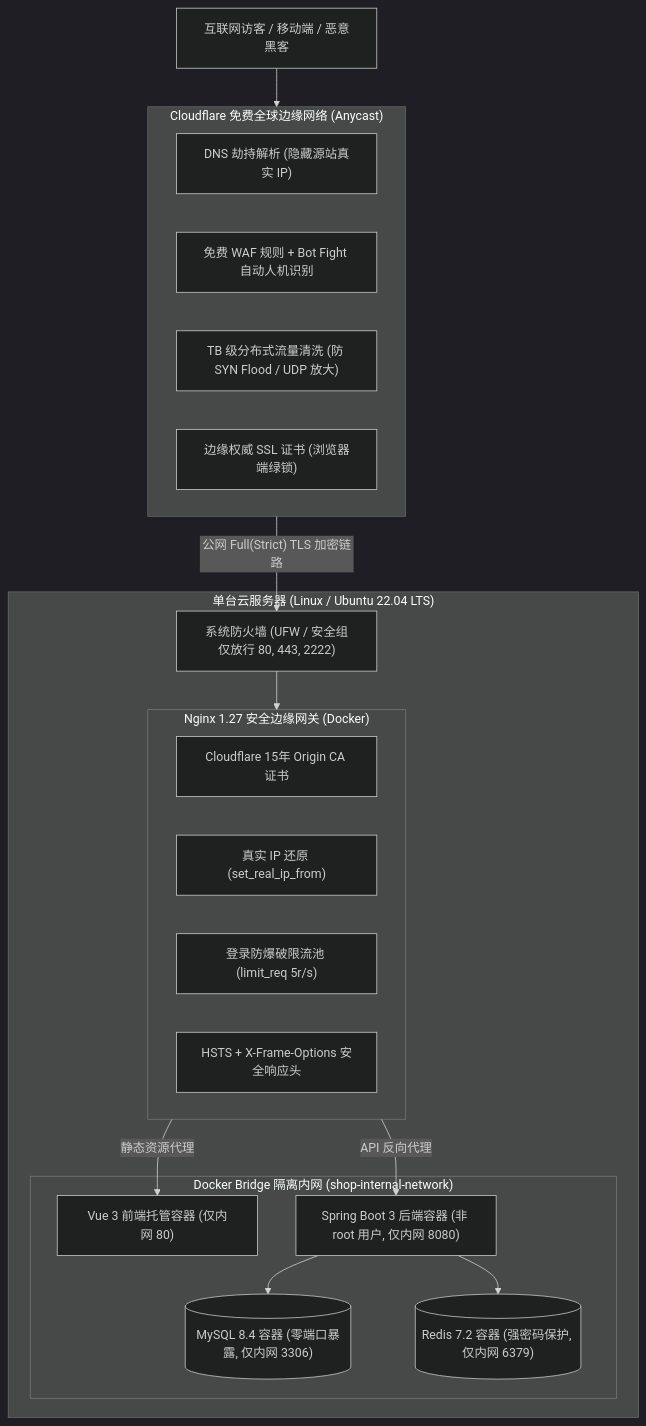
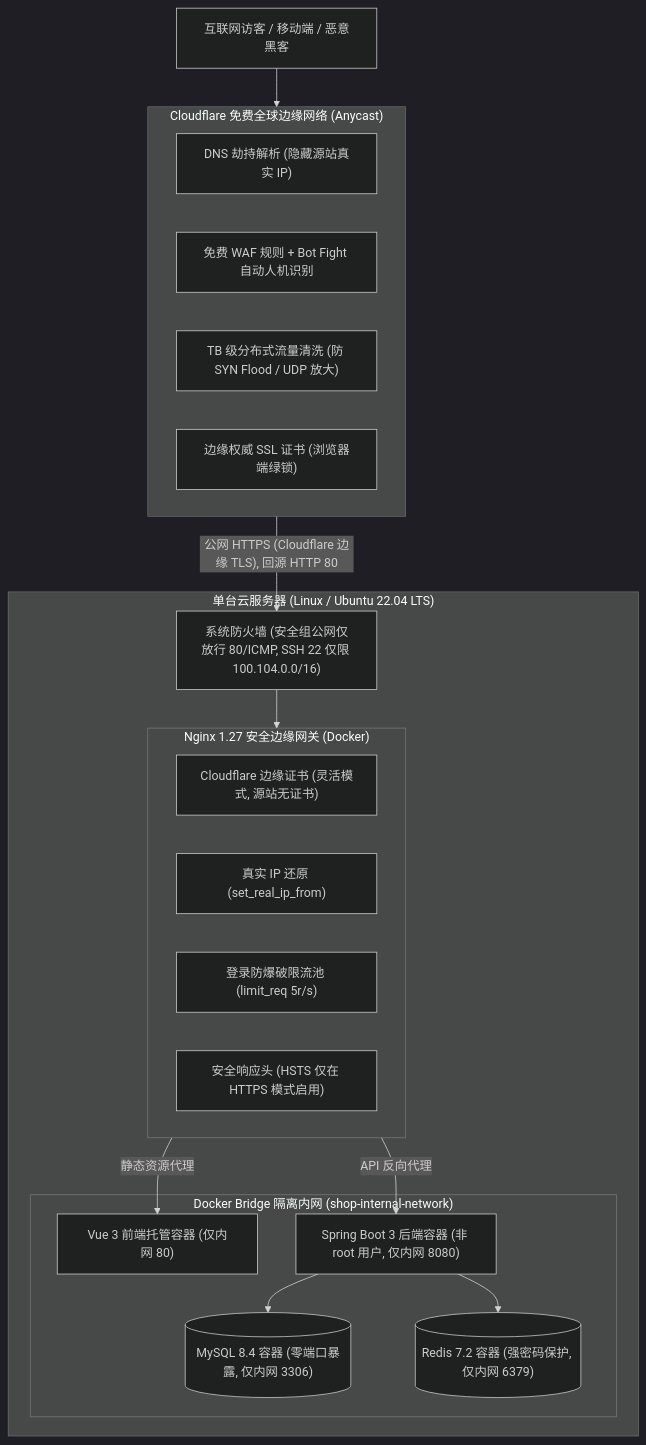
The diagram in docs/principles/09-scheme1-production-deployment-guide.md (2095262816ght-cpu/JavaWebCourseDesign), drawn with Mermaid (dark theme) before and after one commit. The commit also changed other lines of this file and 209 other files, not shown here.

````diff
--- a/docs/principles/09-scheme1-production-deployment-guide.md
+++ b/docs/principles/09-scheme1-production-deployment-guide.md
@@ -85,37 +89,37 @@
 ```mermaid
 flowchart TD
     Internet["互联网访客 / 移动端 / 恶意黑客"]
     
     subgraph Edge ["Cloudflare 免费全球边缘网络 (Anycast)"]
         CF_DNS["DNS 劫持解析 (隐藏源站真实 IP)"]
         CF_WAF["免费 WAF 规则 + Bot Fight 自动人机识别"]
         CF_DDoS["TB 级分布式流量清洗 (防 SYN Flood / UDP 放大)"]
         CF_SSL["边缘权威 SSL 证书 (浏览器端绿锁)"]
     end
 
     subgraph Host ["单台云服务器 (Linux / Ubuntu 22.04 LTS)"]
-        Firewall["系统防火墙 (UFW / 安全组仅放行 80, 443, 2222)"]
+        Firewall["系统防火墙 (安全组公网仅放行 80/ICMP, SSH 22 仅限 100.104.0.0/16)"]
         
         subgraph Gateway ["Nginx 1.27 安全边缘网关 (Docker)"]
-            OriginSSL["Cloudflare 15年 Origin CA 证书"]
+            OriginSSL["Cloudflare 边缘证书 (灵活模式, 源站无证书)"]
             RealIP["真实 IP 还原 (set_real_ip_from)"]
             RateLimit["登录防爆破限流池 (limit_req 5r/s)"]
-            SecHeaders["HSTS + X-Frame-Options 安全响应头"]
+            SecHeaders["安全响应头 (HSTS 仅在 HTTPS 模式启用)"]
         end
 
         subgraph PrivateNet ["Docker Bridge 隔离内网 (shop-internal-network)"]
             Frontend["Vue 3 前端托管容器 (仅内网 80)"]
             Backend["Spring Boot 3 后端容器 (非 root 用户, 仅内网 8080)"]
             MySQL[("MySQL 8.4 容器 (零端口暴露, 仅内网 3306)")]
             Redis[("Redis 7.2 容器 (强密码保护, 仅内网 6379)")]
         end
     end
 
     Internet --> Edge
-    Edge -->|"公网 Full(Strict) TLS 加密链路"| Firewall
+    Edge -->|"公网 HTTPS (Cloudflare 边缘 TLS), 回源 HTTP 80"| Firewall
     Firewall --> Gateway
     Gateway -->|"静态资源代理"| Frontend
     Gateway -->|"API 反向代理"| Backend
     Backend --> MySQL
     Backend --> Redis
 ```
````
